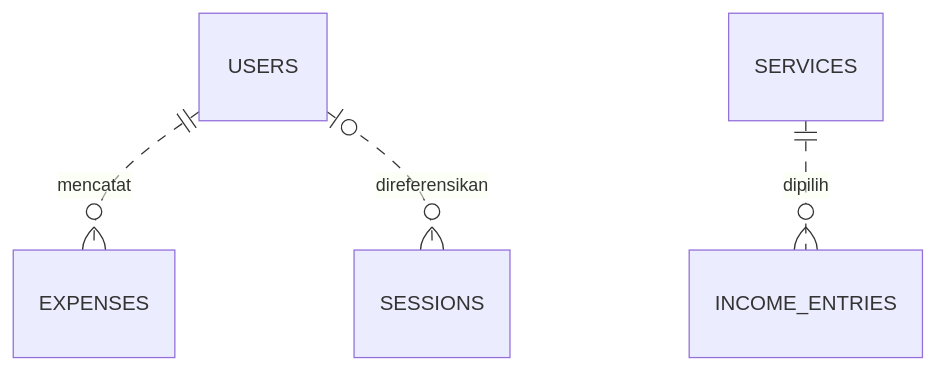
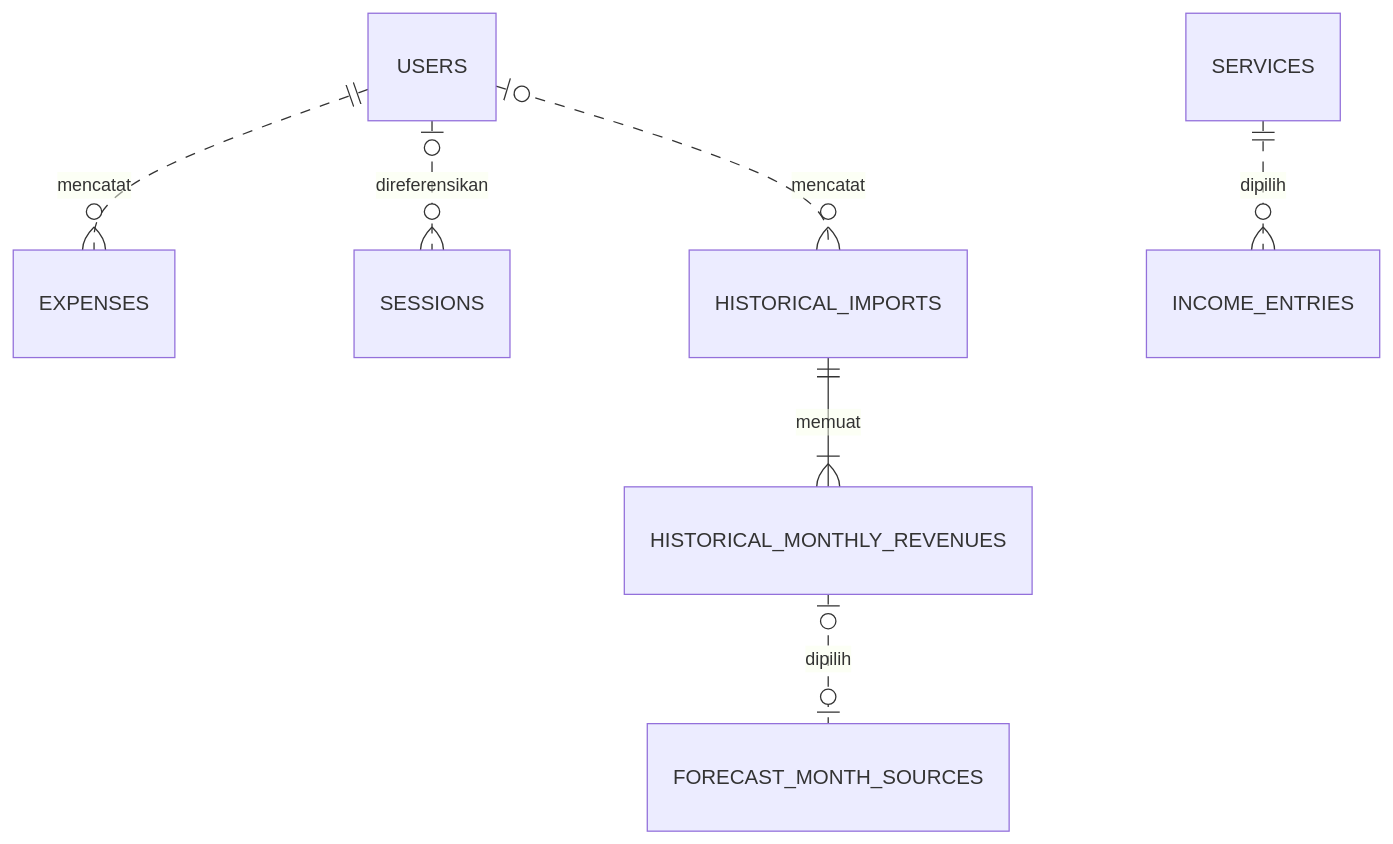
One commit to MfuatH/SISTEM-MANAJEMEN-OPERASIONAL-BARBERSHOP changed the first of 2 diagrams in docs/pengerjaan-sistem/Desain-Database-MySQL-Barbershop.md. Above: the diagram before and after it, drawn with Mermaid. The commit also changed other lines of this file and 20 other files, not shown here.

````diff
--- a/docs/pengerjaan-sistem/Desain-Database-MySQL-Barbershop.md
+++ b/docs/pengerjaan-sistem/Desain-Database-MySQL-Barbershop.md
@@ -11,6 +11,9 @@
 ```mermaid
 erDiagram
     USERS ||..o{ EXPENSES : mencatat
     USERS |o..o{ SESSIONS : direferensikan
     SERVICES ||..o{ INCOME_ENTRIES : dipilih
+    USERS |o..o{ HISTORICAL_IMPORTS : mencatat
+    HISTORICAL_IMPORTS ||--|{ HISTORICAL_MONTHLY_REVENUES : memuat
+    HISTORICAL_MONTHLY_REVENUES |o..o| FORECAST_MONTH_SOURCES : dipilih
 ```
````
